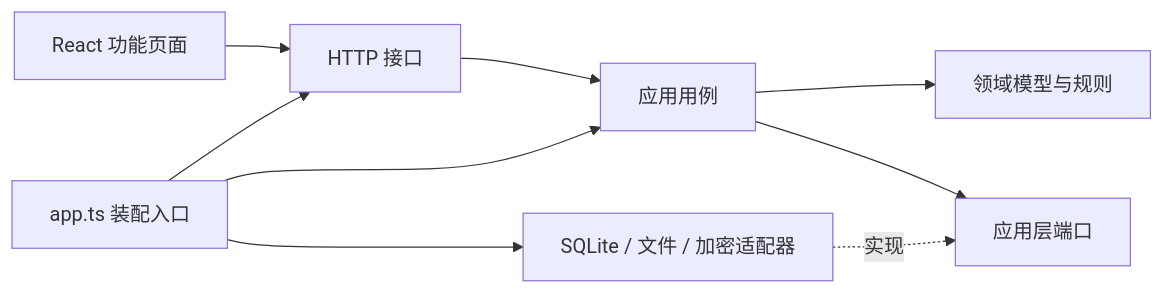
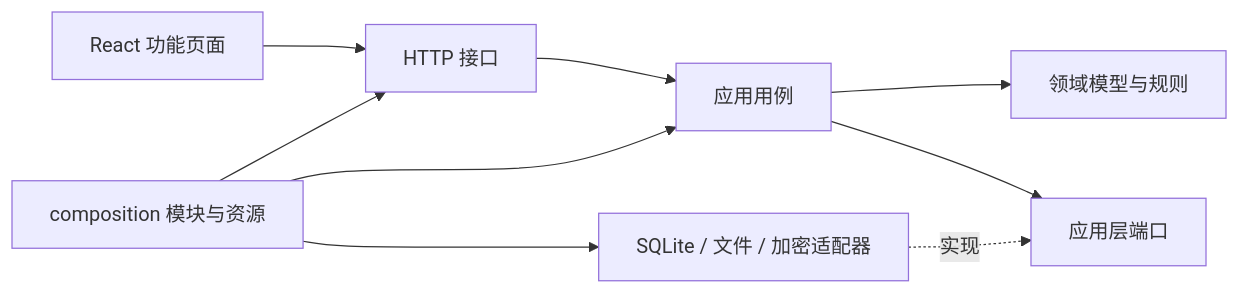
One commit to baiqiuran/Teamwork changed the diagram in docs/architecture.md. Above: the diagram before and after it, drawn with Mermaid. The commit also changed other lines of this file and 14 other files, not shown here.

````diff
--- a/docs/architecture.md
+++ b/docs/architecture.md
@@ -42,11 +42,11 @@
 ```mermaid
 flowchart LR
   UI[React 功能页面] --> HTTP[HTTP 接口]
   HTTP --> APP[应用用例]
   APP --> DOMAIN[领域模型与规则]
   APP --> PORTS[应用层端口]
   INFRA[SQLite / 文件 / 加密适配器] -.实现.-> PORTS
-  ROOT[app.ts 装配入口] --> HTTP
+  ROOT[composition 模块与资源] --> HTTP
   ROOT --> APP
   ROOT --> INFRA
 ```
````
